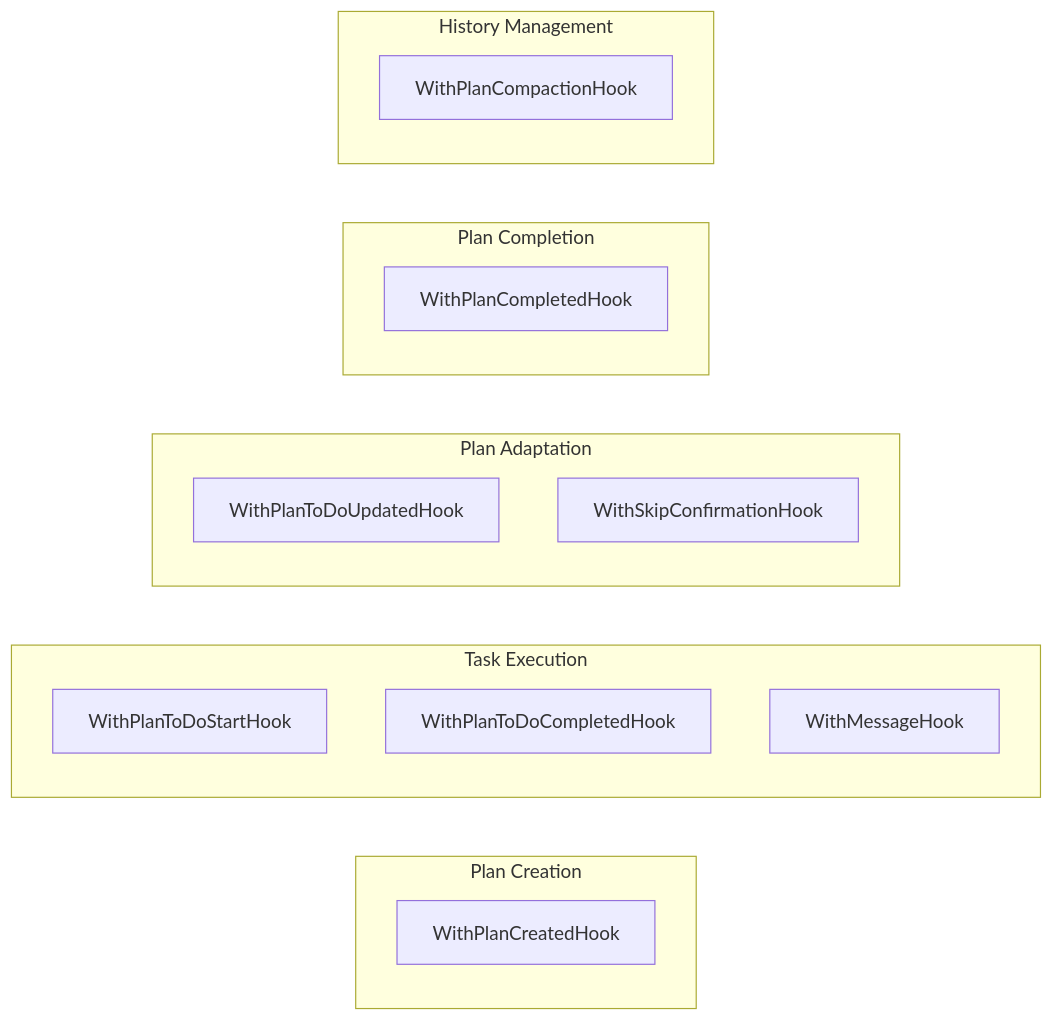
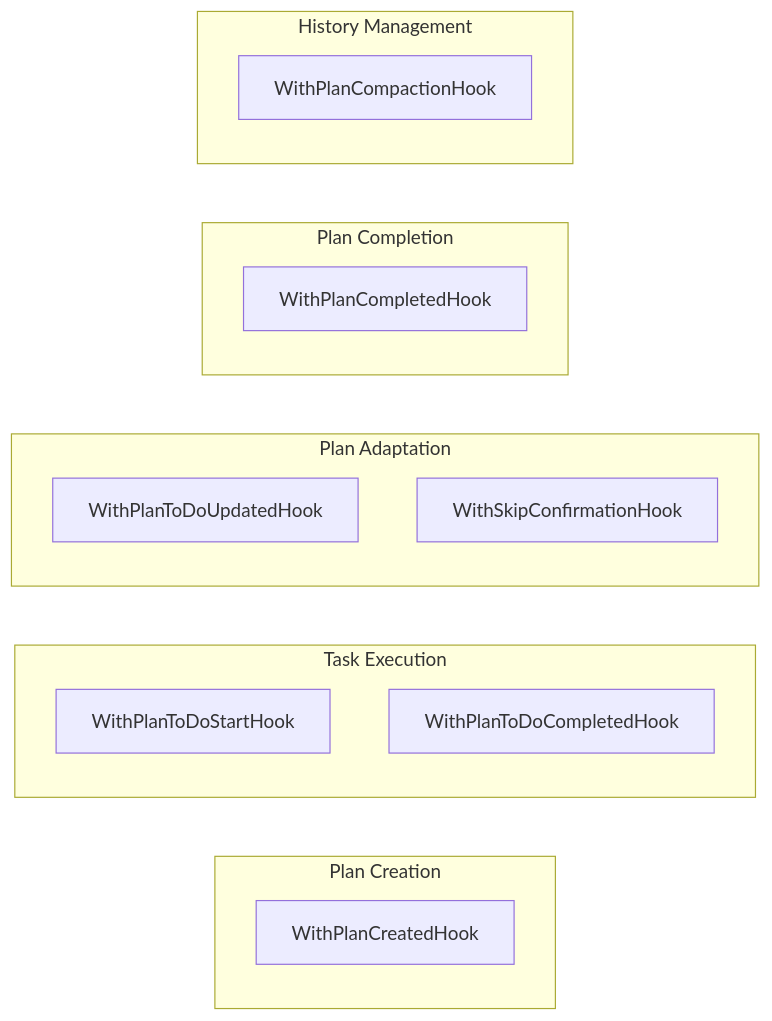
The third of 3 diagrams in doc/plan-mode.md (m-mizutani/gollem), drawn with Mermaid before and after one commit. The commit also changed other lines of this file and 8 other files, not shown here.

````diff
--- a/doc/plan-mode.md
+++ b/doc/plan-mode.md
@@ -227,25 +223,24 @@
 ```mermaid
 graph LR
     subgraph "Plan Creation"
         A[WithPlanCreatedHook]
     end
-    
+
     subgraph "Task Execution"
         B[WithPlanToDoStartHook]
         C[WithPlanToDoCompletedHook]
-        D[WithMessageHook]
     end
-    
+
     subgraph "Plan Adaptation"
         E[WithPlanToDoUpdatedHook]
         F[WithSkipConfirmationHook]
     end
-    
+
     subgraph "Plan Completion"
         G[WithPlanCompletedHook]
     end
     
     subgraph "History Management"
         H[WithPlanCompactionHook]
     end
 ```
````
